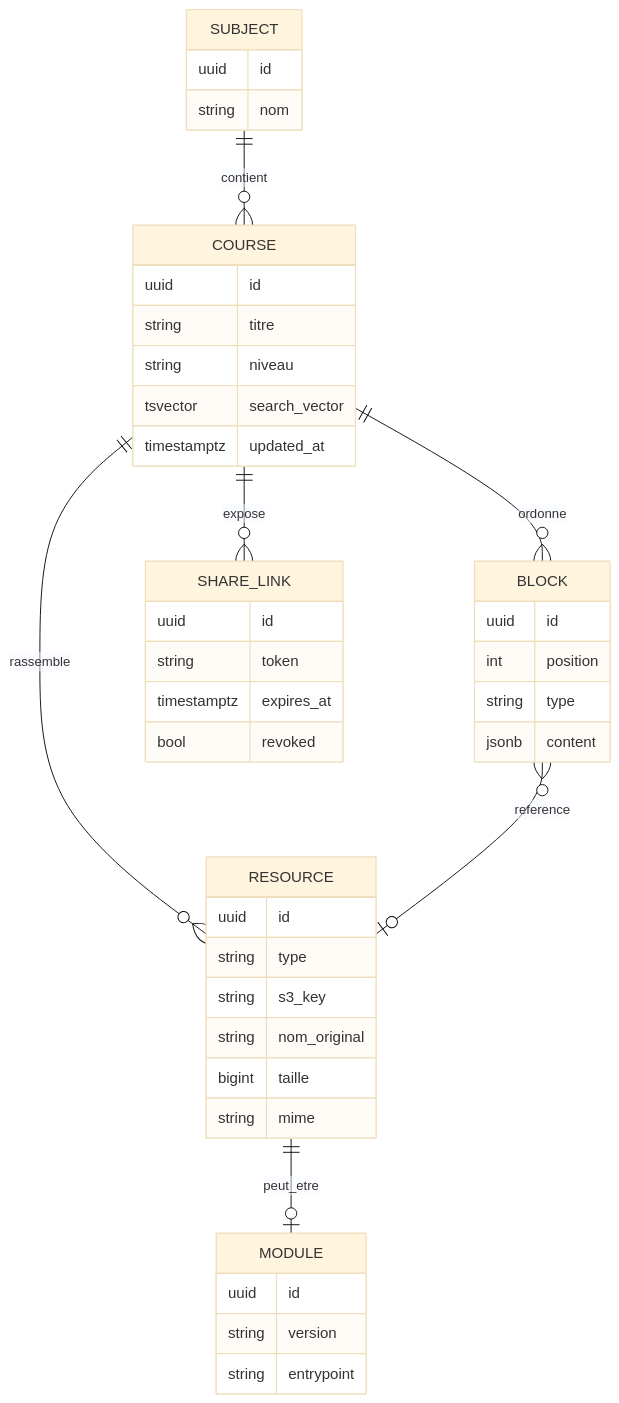
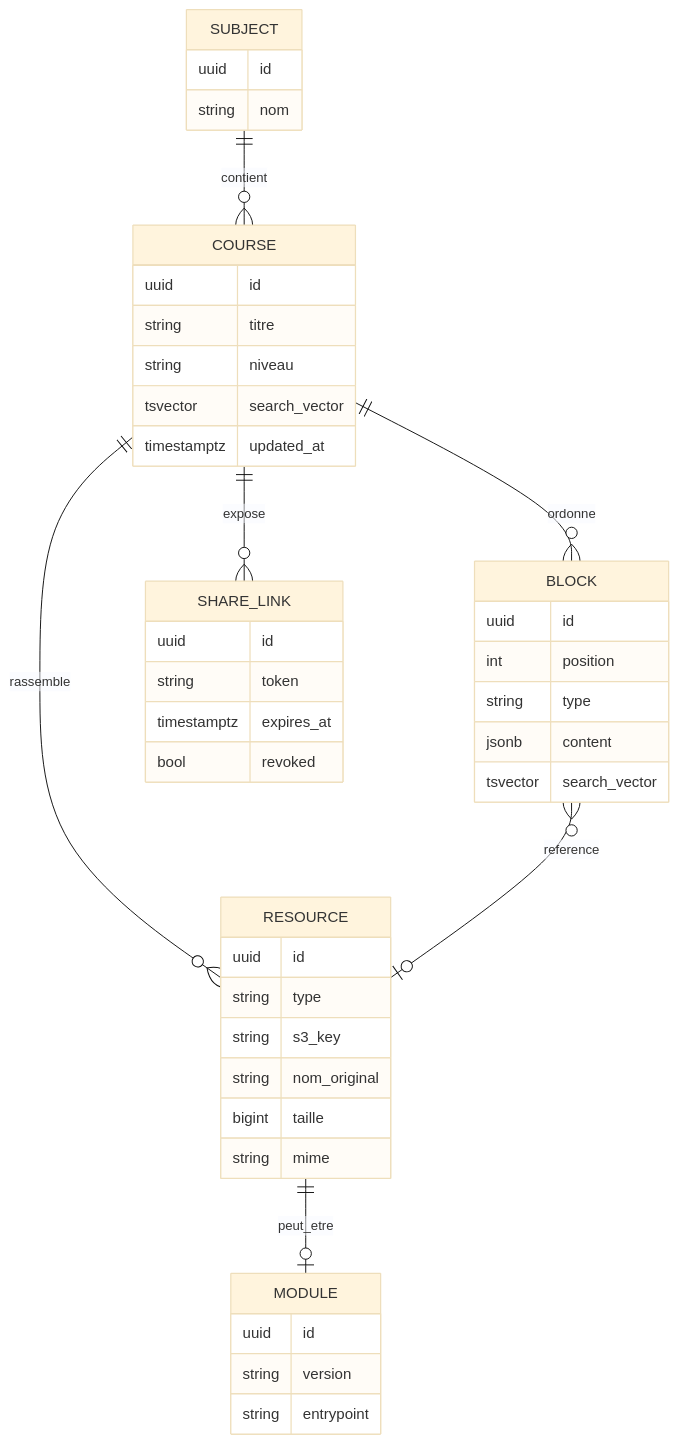
The second of 2 diagrams in Assets/Descriptions.md (flobatard/OpenCartableRoot), drawn with Mermaid (base theme) before and after one commit. The commit also changed other lines of this file and 1 other file, not shown here.

Commit message:
Adding courses and teachers search

````diff
--- a/Assets/Descriptions.md
+++ b/Assets/Descriptions.md
@@ -157,46 +158,47 @@
 ```mermaid
 erDiagram
     SUBJECT ||--o{ COURSE : contient
     COURSE  ||--o{ BLOCK : ordonne
     COURSE  ||--o{ RESOURCE : rassemble
     BLOCK   }o--o| RESOURCE : reference
     COURSE  ||--o{ SHARE_LINK : expose
     RESOURCE ||--o| MODULE : peut_etre
 
     SUBJECT {
       uuid id
       string nom
     }
     COURSE {
       uuid id
       string titre
       string niveau
       tsvector search_vector
       timestamptz updated_at
     }
     BLOCK {
       uuid id
       int position
       string type
       jsonb content
+      tsvector search_vector
     }
     RESOURCE {
       uuid id
       string type
       string s3_key
       string nom_original
       bigint taille
       string mime
     }
     MODULE {
       uuid id
       string version
       string entrypoint
     }
     SHARE_LINK {
       uuid id
       string token
       timestamptz expires_at
       bool revoked
     }
 ```
````
